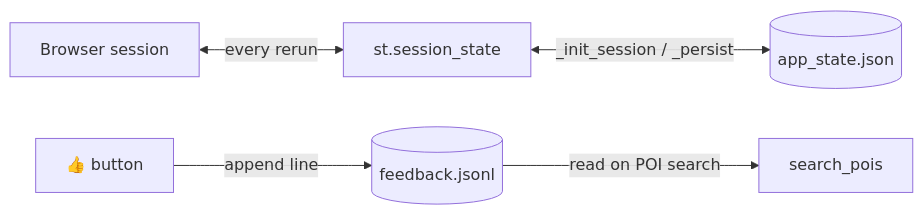
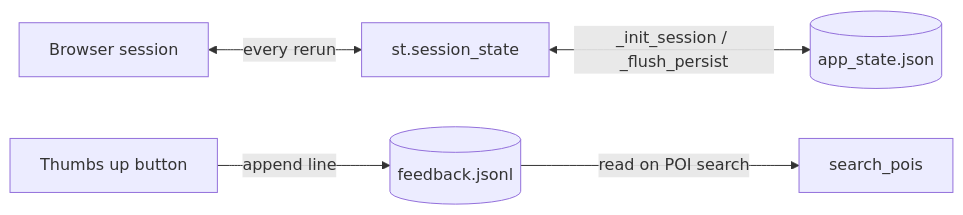
Before and after one commit to guptaastha1427/Trip-Planner: the fourth of 19 diagrams in info.md, drawn with Mermaid. The commit also changed other lines of this file and 4 other files, not shown here.

````diff
--- a/info.md
+++ b/info.md
@@ -241,7 +242,7 @@
 ```mermaid
 flowchart LR
   Browser[Browser session] <-->|every rerun| SS[st.session_state]
-  SS <-->|_init_session / _persist| JSON[(app_state.json)]
+  SS <-->|_init_session / _flush_persist| JSON[(app_state.json)]
   FB[(feedback.jsonl)] -->|read on POI search| POI[search_pois]
-  UI[👍 button] -->|append line| FB
+  UI[Thumbs up button] -->|append line| FB
 ```
````
